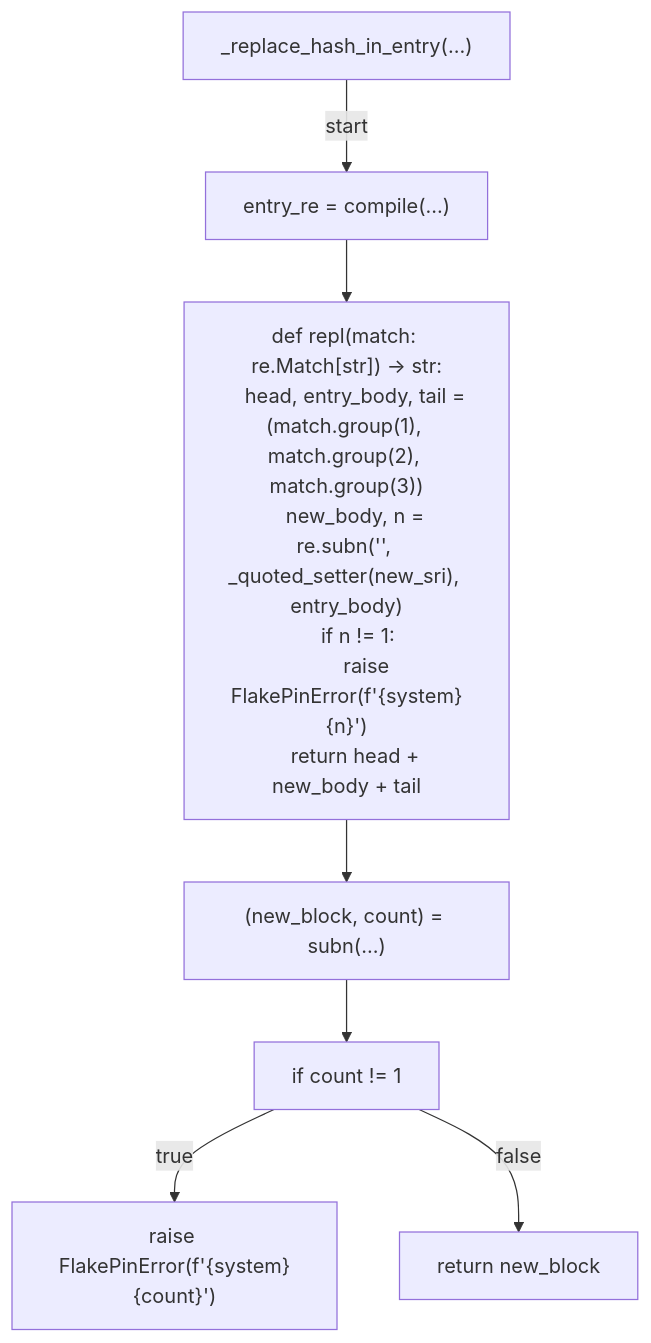
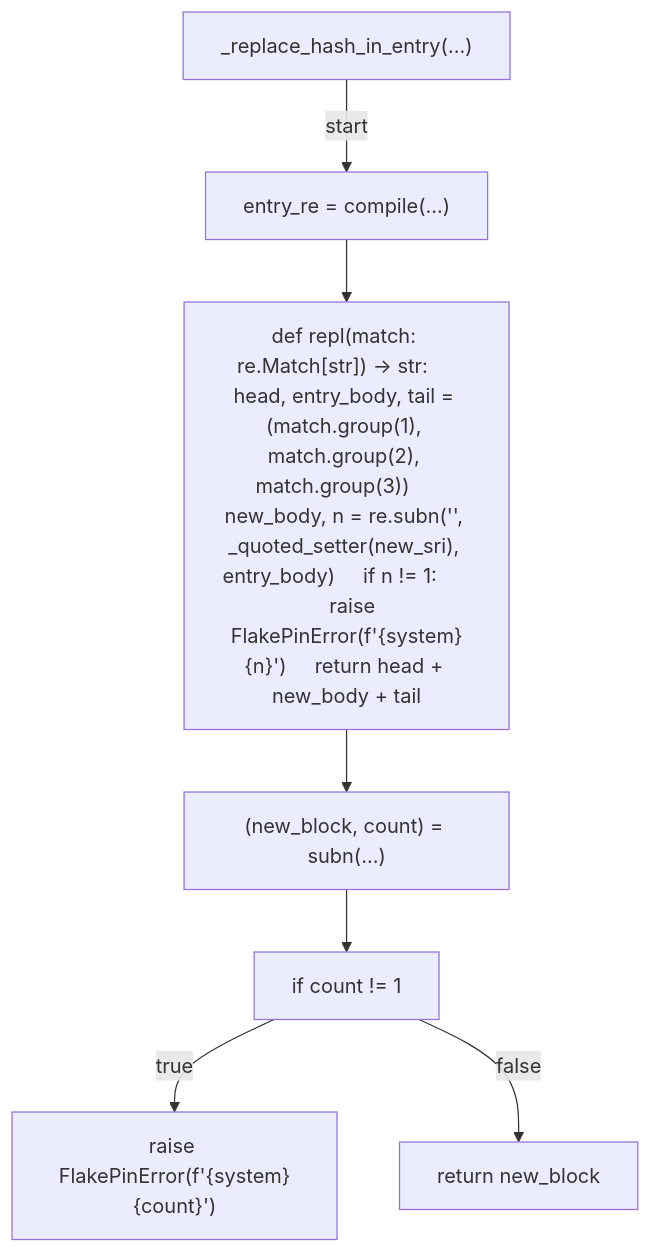
One commit to tvna/claude-md changed diagram 12 of 20 in docs/generated/scripts/ast/flake_pin.md. Above: the diagram before and after it, drawn with Mermaid. The commit also changed other lines of this file and 30 other files, not shown here.

First line of the commit message:
docs(generated): regenerate decision tree and workflow diagrams (batch 2/5)

````diff
--- a/docs/generated/scripts/ast/flake_pin.md
+++ b/docs/generated/scripts/ast/flake_pin.md
@@ -193,21 +192,16 @@
 ```mermaid
 flowchart TD
     N001["_replace_hash_in_entry(...)"]
     N002["entry_re = compile(...)"]
-    N003["def repl(match: re.Match[str]) -> str:
-    head, entry_body, tail = (match.group(1), match.group(2), match.group(3))
-    new_body, n = re.subn('<str>', _quoted_setter(new_sri), entry_body)
-    if n != 1:
-        raise FlakePinError(f'<str>{system}<str>{n}')
-    return head + new_body + tail"]
+    N003["def repl(match: re.Match[str]) -> str:     head, entry_body, tail = (match.group(1), match.group(2), match.group(3))     new_body, n = re.subn('<str>', _quoted_setter(new_sri), entry_body)     if n != 1:         raise FlakePinError(f'<str>{system}<str>{n}')     return head + new_body + tail"]
     N004["(new_block, count) = subn(...)"]
     N005["if count != 1"]
     N006["raise FlakePinError(f'<str>{system}<str>{count}')"]
     N007["return new_block"]
     N001 -->|"start"| N002
     N002 --> N003
     N003 --> N004
     N004 --> N005
     N005 -->|"true"| N006
     N005 -->|"false"| N007
 ```
````
